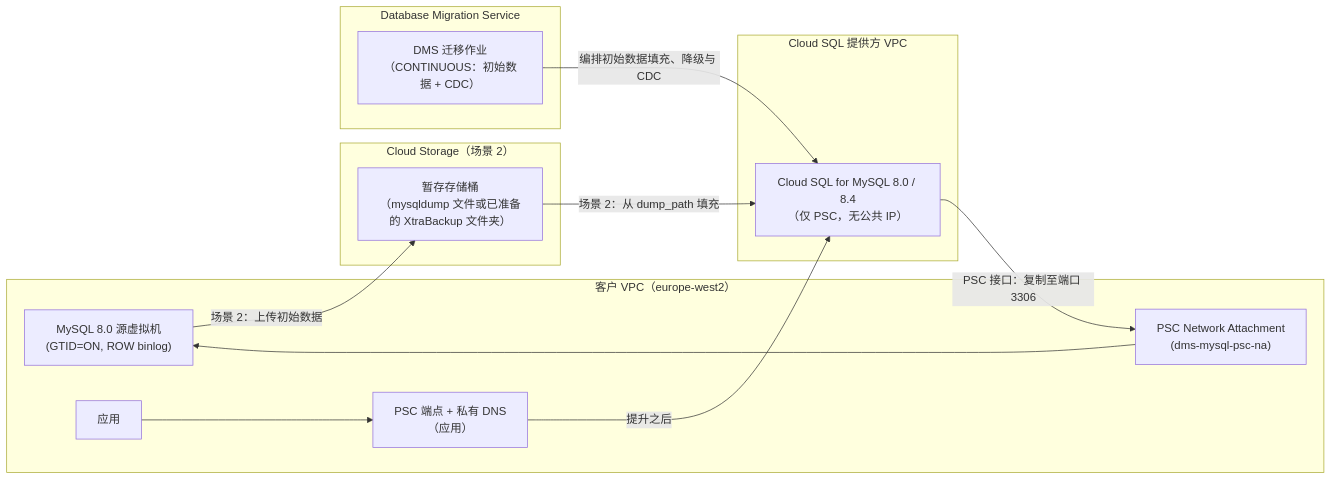
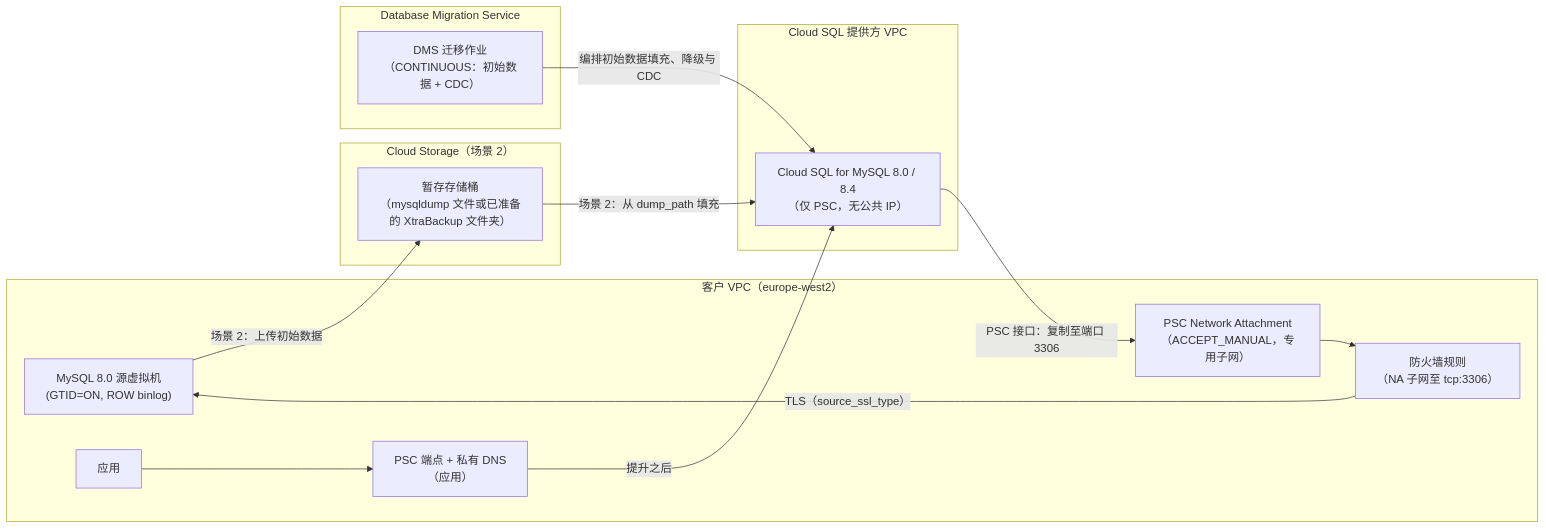
One commit to kkmbryan/cloud-dms-templates changed the diagram in README.zh-CN.md. Above: the diagram before and after it, drawn with Mermaid. The commit also changed other lines of this file and 45 other files, not shown here.

````diff
--- a/README.zh-CN.md
+++ b/README.zh-CN.md
@@ -21,29 +24,31 @@
 ```mermaid
 flowchart LR
   subgraph APP_VPC["客户 VPC（europe-west2）"]
     GCE["MySQL 8.0 源虚拟机<br/>(GTID=ON, ROW binlog)"]
-    NA["PSC Network Attachment<br/>(dms-mysql-psc-na)"]
+    NA["PSC Network Attachment<br/>（ACCEPT_MANUAL，专用子网）"]
+    FW["防火墙规则<br/>（NA 子网至 tcp:3306）"]
     EP["PSC 端点 + 私有 DNS<br/>（应用）"]
     APP["应用"]
   end
 
   subgraph GCS_STAGE["Cloud Storage（场景 2）"]
     GCS["暂存存储桶<br/>（mysqldump 文件或已准备的 XtraBackup 文件夹）"]
   end
 
   subgraph DMS_CONTROL["Database Migration Service"]
     JOB["DMS 迁移作业<br/>（CONTINUOUS：初始数据 + CDC）"]
   end
 
   subgraph CSQL_PRODUCER["Cloud SQL 提供方 VPC"]
     CSQL["Cloud SQL for MySQL 8.0 / 8.4<br/>（仅 PSC，无公共 IP）"]
   end
 
   CSQL -->|"PSC 接口：复制至端口 3306"| NA
-  NA --> GCE
+  NA --> FW
+  FW -->|"TLS（source_ssl_type）"| GCE
   GCE -->|"场景 2：上传初始数据"| GCS
   GCS -->|"场景 2：从 dump_path 填充"| CSQL
   JOB -->|"编排初始数据填充、降级与 CDC"| CSQL
   APP --> EP
   EP -->|"提升之后"| CSQL
 ```
````
